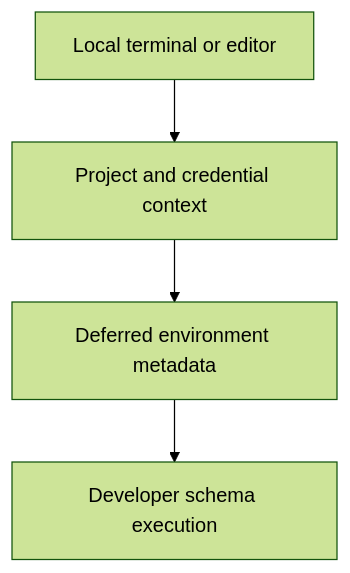
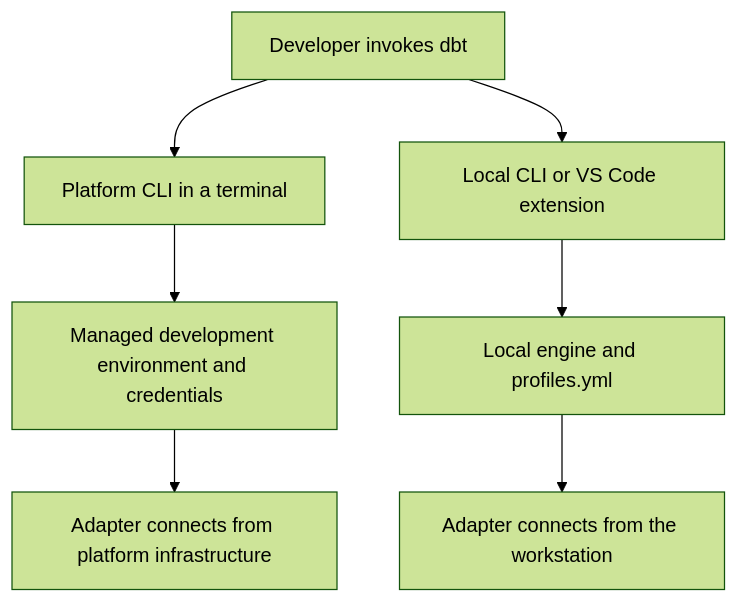
Before and after one commit to Rohit1024/dbt-learn: the diagram in docs/lessons/0005-dbt-cloud-cli-platform-cli-and-vs-code.md, drawn with Mermaid (forest theme). The commit also changed other lines of this file and 4 other files, not shown here.

````diff
--- a/docs/lessons/0005-dbt-cloud-cli-platform-cli-and-vs-code.md
+++ b/docs/lessons/0005-dbt-cloud-cli-platform-cli-and-vs-code.md
@@ -7,8 +11,9 @@
 ```mermaid
 flowchart TD
-    A["Local terminal or editor"]
-    B["Project and credential context"]
-    C["Deferred environment metadata"]
-    D["Developer schema execution"]
-    A --> B --> C --> D
+    A["Developer invokes dbt"] --> B["Platform CLI in a terminal"]
+    A --> C["Local CLI or VS Code extension"]
+    B --> D["Managed development environment and credentials"]
+    C --> E["Local engine and profiles.yml"]
+    D --> F["Adapter connects from platform infrastructure"]
+    E --> G["Adapter connects from the workstation"]
 ```
````
